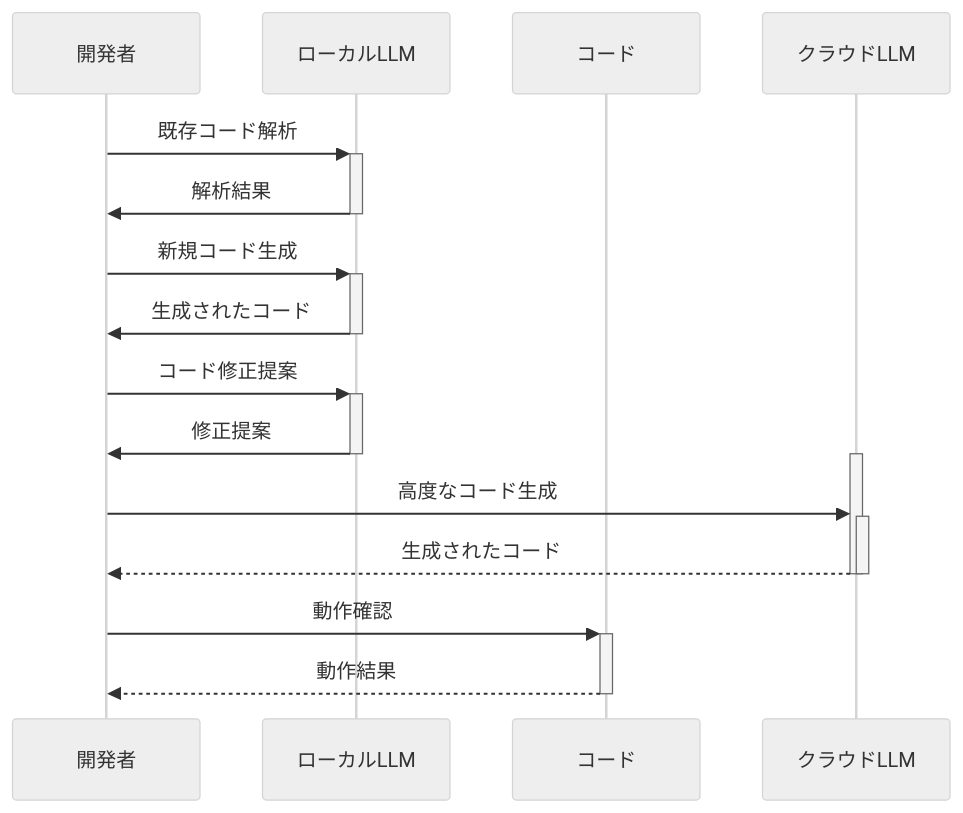
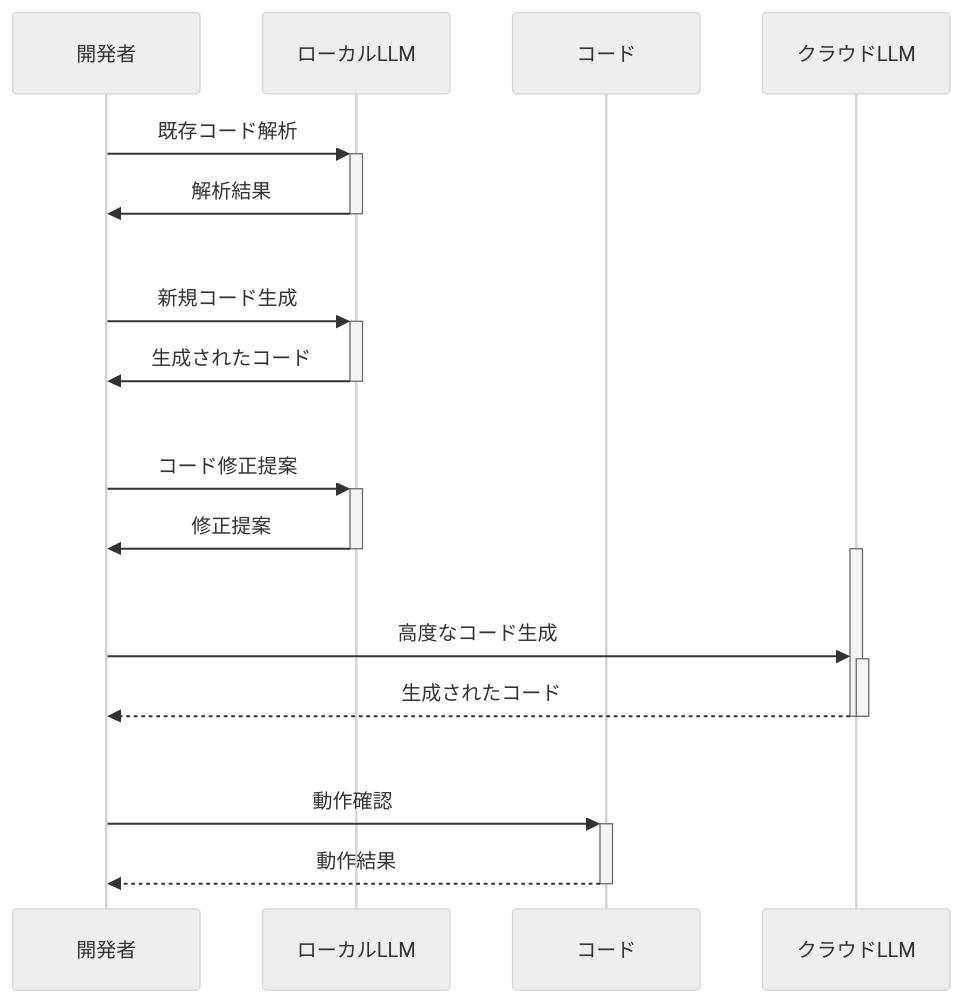
Before and after one commit to SparklingDetergent/doc_genai_Regarding_the_use_of_local_LLM_and_LLM_on_cloud_services: the fourth of 7 diagrams in README.md, drawn with Mermaid (neutral theme). The commit also changed other lines of this file, not shown here.

````diff
--- a/README.md
+++ b/README.md
@@ -139,25 +140,25 @@
 ```mermaid
 sequenceDiagram
   participant 開発者
   participant ローカルLLM
   participant コード
   participant クラウドLLM
 
   開発者->>+ローカルLLM: 既存コード解析
   ローカルLLM->>-開発者: 解析結果
 
-  開発者->>+ローカルLLM: 新規コード生成
+  開発者->>+ローカルLLM: <br/><br/>新規コード生成
   ローカルLLM->>-開発者: 生成されたコード
 
-  開発者->>+ローカルLLM: コード修正提案
+  開発者->>+ローカルLLM: <br/><br/>コード修正提案
   ローカルLLM->>-開発者: 修正提案
 
   activate クラウドLLM
-  開発者->>+クラウドLLM: 高度なコード生成
+  開発者->>+クラウドLLM: <br/><br/>高度なコード生成
   クラウドLLM-->>-開発者: 生成されたコード
   deactivate クラウドLLM
 
-  開発者->>+コード: 動作確認
+  開発者->>+コード: <br/><br/>動作確認
   コード-->>-開発者: 動作結果
 
 ```
````
